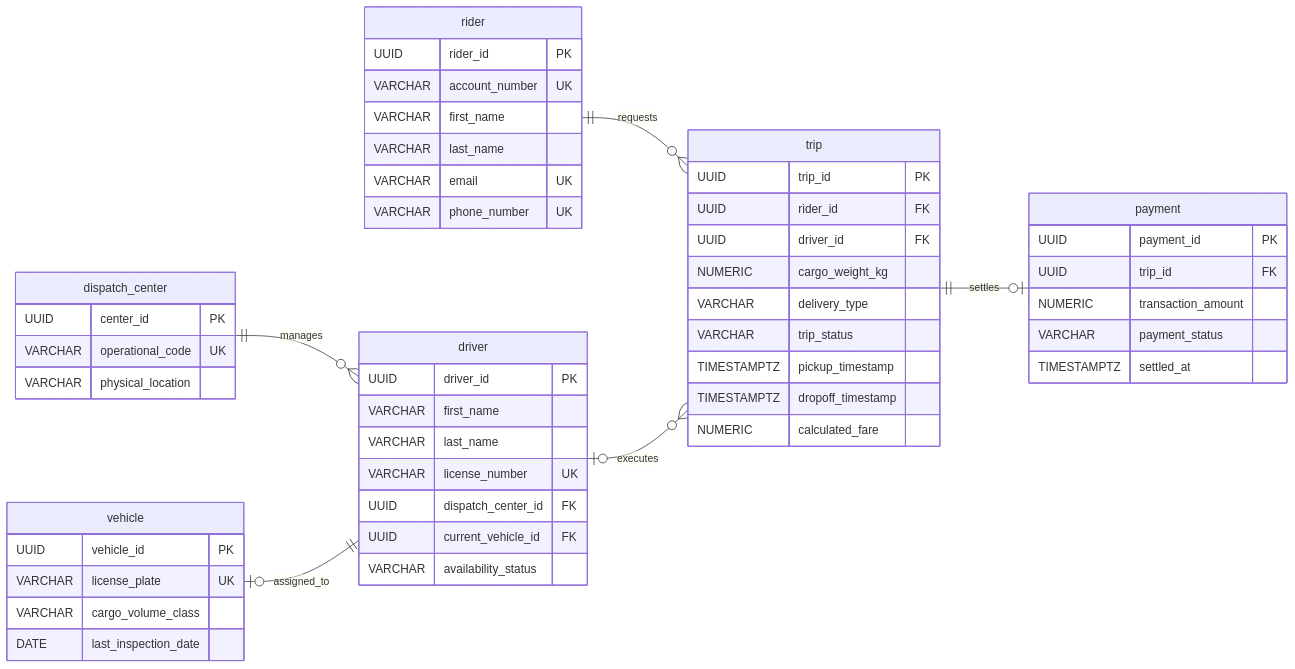
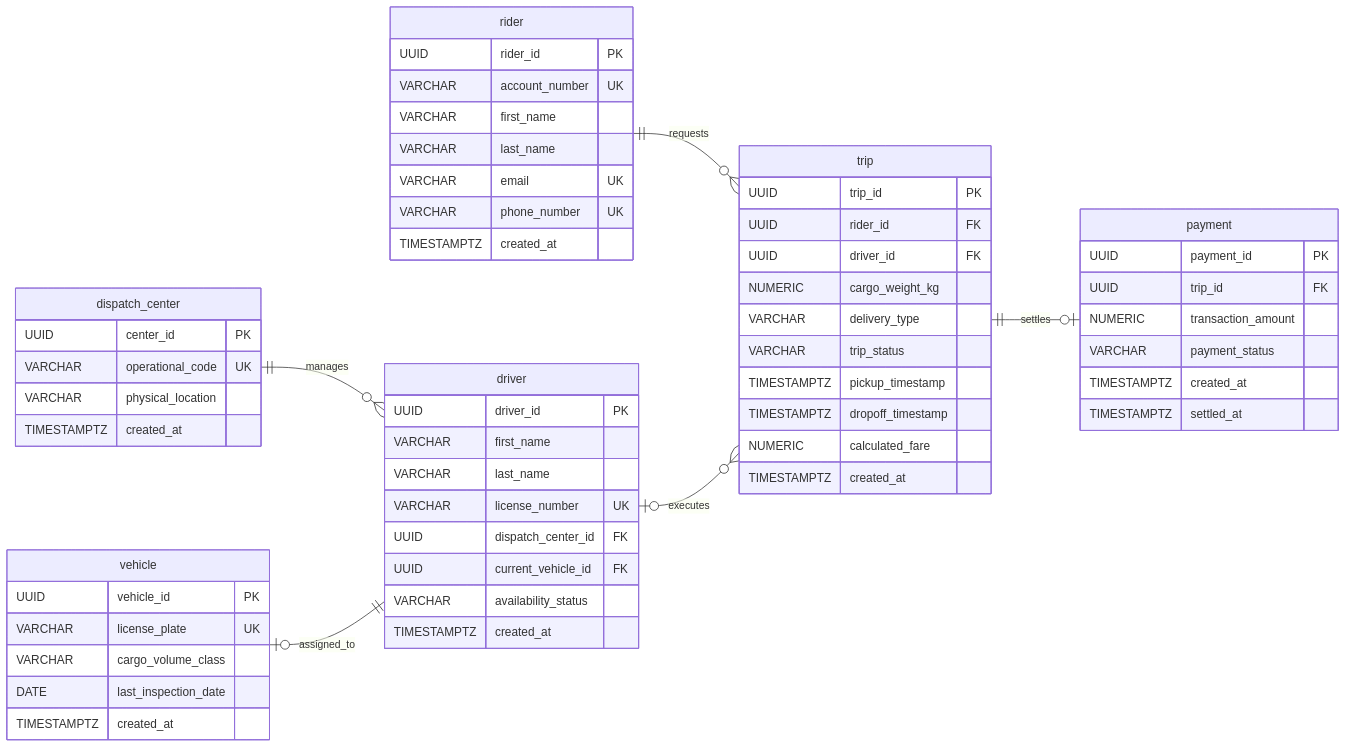
One commit to olasyusuf/Yusuf_Olalekan_301905721 changed the diagram in portfolio-1-database-design/Yusuf_Olalekan_301905721_P1_ERDiagram.md. Above: the diagram before and after it, drawn with Mermaid. The commit also changed 2 other files, not shown here.

Commit message:
feat(database): review and update schema

````diff
--- a/portfolio-1-database-design/Yusuf_Olalekan_301905721_P1_ERDiagram.md
+++ b/portfolio-1-database-design/Yusuf_Olalekan_301905721_P1_ERDiagram.md
@@ -42,57 +42,63 @@
 ```mermaid
 erDiagram
     direction LR
     dispatch_center {
         UUID center_id PK
         VARCHAR operational_code UK
         VARCHAR physical_location
+        TIMESTAMPTZ created_at
     }
     vehicle {
         UUID vehicle_id PK
         VARCHAR license_plate UK
         VARCHAR cargo_volume_class
         DATE last_inspection_date
+        TIMESTAMPTZ created_at
     }
     driver {
         UUID driver_id PK
         VARCHAR first_name
         VARCHAR last_name
         VARCHAR license_number UK
         UUID dispatch_center_id FK
         UUID current_vehicle_id FK
         VARCHAR availability_status
+        TIMESTAMPTZ created_at
     }
     rider {
         UUID rider_id PK
         VARCHAR account_number UK
         VARCHAR first_name
         VARCHAR last_name
         VARCHAR email UK
         VARCHAR phone_number UK
+        TIMESTAMPTZ created_at
     }
     trip {
         UUID trip_id PK
         UUID rider_id FK
         UUID driver_id FK
         NUMERIC cargo_weight_kg
         VARCHAR delivery_type
         VARCHAR trip_status
         TIMESTAMPTZ pickup_timestamp
         TIMESTAMPTZ dropoff_timestamp
         NUMERIC calculated_fare
+        TIMESTAMPTZ created_at
     }
     payment {
         UUID payment_id PK
         UUID trip_id FK
         NUMERIC transaction_amount
         VARCHAR payment_status
+        TIMESTAMPTZ created_at
         TIMESTAMPTZ settled_at
     }
 
     dispatch_center ||--o{ driver : "manages"
     vehicle |o--|| driver : "assigned_to"
     rider ||--o{ trip : "requests"
     driver |o--o{ trip : "executes"
     trip ||--o| payment : "settles"
 
 ```
````
